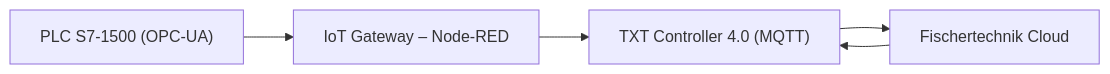
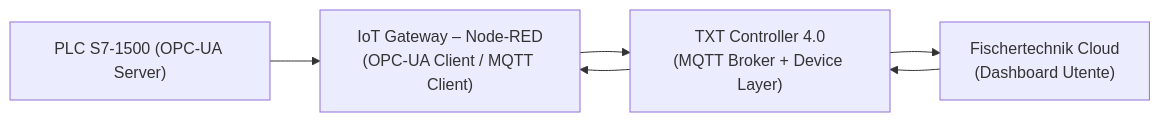
One commit to Youss-elji/my-vault changed the diagram in microfactory-fischertechnik/02_Componenti_Hardware/02.8_IoT_Gateway_RaspberryPi.md.md. Above: the diagram before and after it, drawn with Mermaid. The commit also changed other lines of this file and 15 other files, not shown here.

````diff
--- a/microfactory-fischertechnik/02_Componenti_Hardware/02.8_IoT_Gateway_RaspberryPi.md.md
+++ b/microfactory-fischertechnik/02_Componenti_Hardware/02.8_IoT_Gateway_RaspberryPi.md.md
@@ -90,12 +157,14 @@
 ```mermaid
 flowchart LR
-  PLC["PLC S7-1500 (OPC-UA)"]
-  GATEWAY["IoT Gateway – Node-RED"]
-  TXT["TXT Controller 4.0 (MQTT)"]
-  CLOUD["Fischertechnik Cloud"]
+  PLC["PLC S7-1500 (OPC-UA Server)"]
+  GATEWAY["IoT Gateway – Node-RED<br>(OPC-UA Client / MQTT Client)"]
+  TXT["TXT Controller 4.0<br>(MQTT Broker + Device Layer)"]
+  CLOUD["Fischertechnik Cloud<br>(Dashboard Utente)"]
 
-  PLC --> GATEWAY
-  GATEWAY --> TXT
-  TXT --> CLOUD
-  CLOUD --> TXT
+  PLC --> GATEWAY
+  GATEWAY --> TXT
+  TXT --> CLOUD
+  CLOUD --> TXT
+  TXT --> GATEWAY
+
 ```
````
